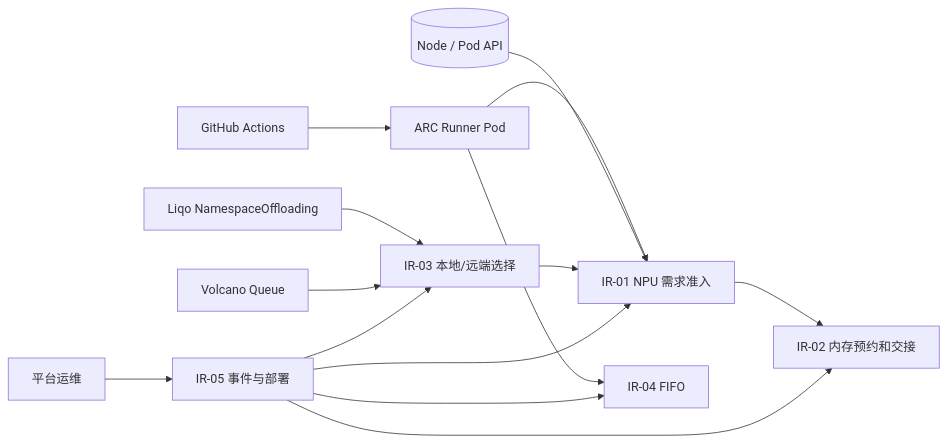
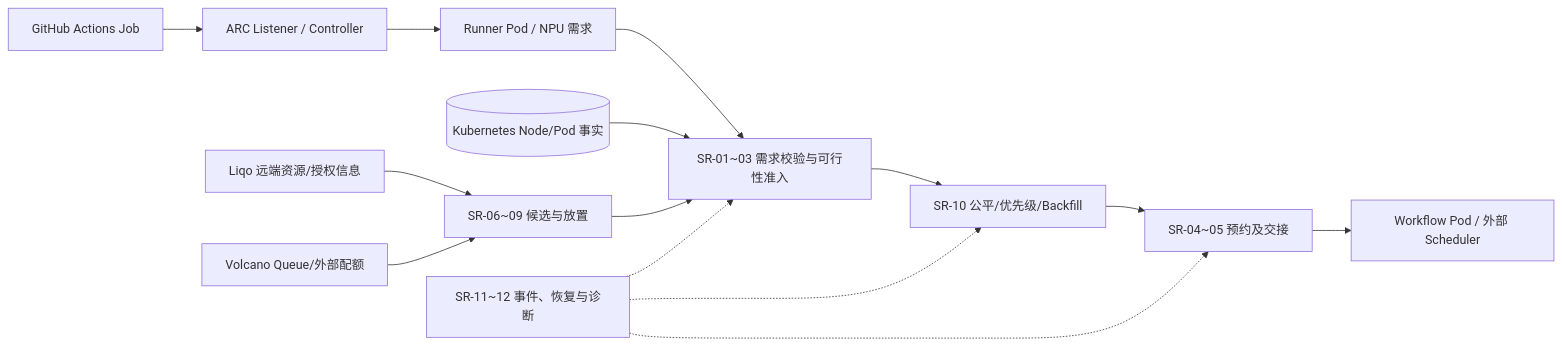
The first of 16 diagrams in docs/system-design.md (ascend-gha-runners/scheduler-plugins), drawn with Mermaid before and after one commit. The commit also changed other lines of this file, not shown here.

````diff
--- a/docs/system-design.md
+++ b/docs/system-design.md
@@ -67,16 +63,16 @@
 ```mermaid
 flowchart LR
-  GH[GitHub Actions] --> ARC[ARC Runner Pod]
-  ARC --> IR1[IR-01 NPU 需求准入]
-  ARC --> IR4[IR-04 FIFO]
-  K8S[(Node / Pod API)] --> IR1
-  IR1 --> IR2[IR-02 内存预约和交接]
-  LIQO[Liqo NamespaceOffloading] --> IR3[IR-03 本地/远端选择]
-  QUEUE[Volcano Queue] --> IR3
-  IR3 --> IR1
-  SRE[平台运维] --> IR5[IR-05 事件与部署]
-  IR5 --> IR1
-  IR5 --> IR2
-  IR5 --> IR3
-  IR5 --> IR4
+  GH["GitHub Actions Job"] --> ARC["ARC Listener / Controller"]
+  ARC --> RP["Runner Pod / NPU 需求"]
+  RP --> AD["SR-01~03 需求校验与可行性准入"]
+  API[("Kubernetes Node/Pod 事实")] --> AD
+  LIQO["Liqo 远端资源/授权信息"] --> POOL["SR-06~09 候选与放置"]
+  VQ["Volcano Queue/外部配额"] --> POOL
+  POOL --> AD
+  AD --> FAIR["SR-10 公平/优先级/Backfill"]
+  FAIR --> RSV["SR-04~05 预约及交接"]
+  RSV --> WP["Workflow Pod / 外部 Scheduler"]
+  EVT["SR-11~12 事件、恢复与诊断"] -.-> AD
+  EVT -.-> FAIR
+  EVT -.-> RSV
 ```
````
